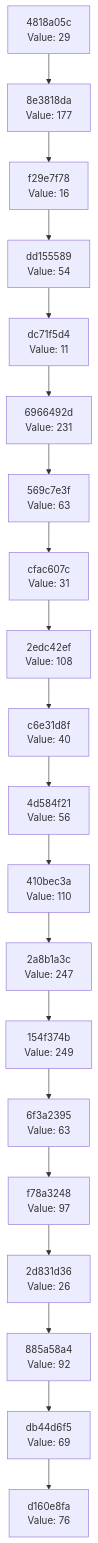
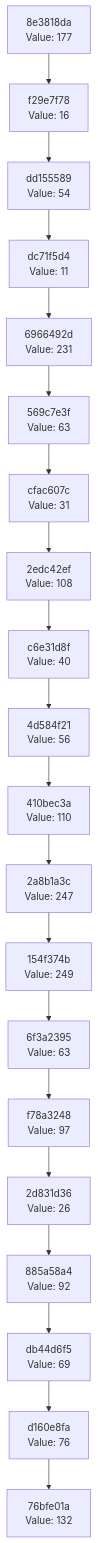
Before and after one commit to Abhisheksinha1506/hash-chain-evolver: the diagram in docs/CHAIN_VISUALIZATION.md, drawn with Mermaid. The commit also changed 2 other files, not shown here.

Commit message:
Evolution step: hash 0x84 → action executed

````diff
--- a/docs/CHAIN_VISUALIZATION.md
+++ b/docs/CHAIN_VISUALIZATION.md
@@ -3,42 +3,42 @@
 ```mermaid
 graph TD
-    C0["d160e8fa<br/>Value: 76"]
-    C1["db44d6f5<br/>Value: 69"]
+    C0["76bfe01a<br/>Value: 132"]
+    C1["d160e8fa<br/>Value: 76"]
     C1 --> C0
-    C2["885a58a4<br/>Value: 92"]
+    C2["db44d6f5<br/>Value: 69"]
     C2 --> C1
-    C3["2d831d36<br/>Value: 26"]
+    C3["885a58a4<br/>Value: 92"]
     C3 --> C2
-    C4["f78a3248<br/>Value: 97"]
+    C4["2d831d36<br/>Value: 26"]
     C4 --> C3
-    C5["6f3a2395<br/>Value: 63"]
+    C5["f78a3248<br/>Value: 97"]
     C5 --> C4
-    C6["154f374b<br/>Value: 249"]
+    C6["6f3a2395<br/>Value: 63"]
     C6 --> C5
-    C7["2a8b1a3c<br/>Value: 247"]
+    C7["154f374b<br/>Value: 249"]
     C7 --> C6
-    C8["410bec3a<br/>Value: 110"]
+    C8["2a8b1a3c<br/>Value: 247"]
     C8 --> C7
-    C9["4d584f21<br/>Value: 56"]
+    C9["410bec3a<br/>Value: 110"]
     C9 --> C8
-    C10["c6e31d8f<br/>Value: 40"]
+    C10["4d584f21<br/>Value: 56"]
     C10 --> C9
-    C11["2edc42ef<br/>Value: 108"]
+    C11["c6e31d8f<br/>Value: 40"]
     C11 --> C10
-    C12["cfac607c<br/>Value: 31"]
+    C12["2edc42ef<br/>Value: 108"]
     C12 --> C11
-    C13["569c7e3f<br/>Value: 63"]
+    C13["cfac607c<br/>Value: 31"]
     C13 --> C12
-    C14["6966492d<br/>Value: 231"]
+    C14["569c7e3f<br/>Value: 63"]
     C14 --> C13
-    C15["dc71f5d4<br/>Value: 11"]
+    C15["6966492d<br/>Value: 231"]
     C15 --> C14
-    C16["dd155589<br/>Value: 54"]
+    C16["dc71f5d4<br/>Value: 11"]
     C16 --> C15
-    C17["f29e7f78<br/>Value: 16"]
+    C17["dd155589<br/>Value: 54"]
     C17 --> C16
-    C18["8e3818da<br/>Value: 177"]
+    C18["f29e7f78<br/>Value: 16"]
     C18 --> C17
-    C19["4818a05c<br/>Value: 29"]
+    C19["8e3818da<br/>Value: 177"]
     C19 --> C18
 ```
````
